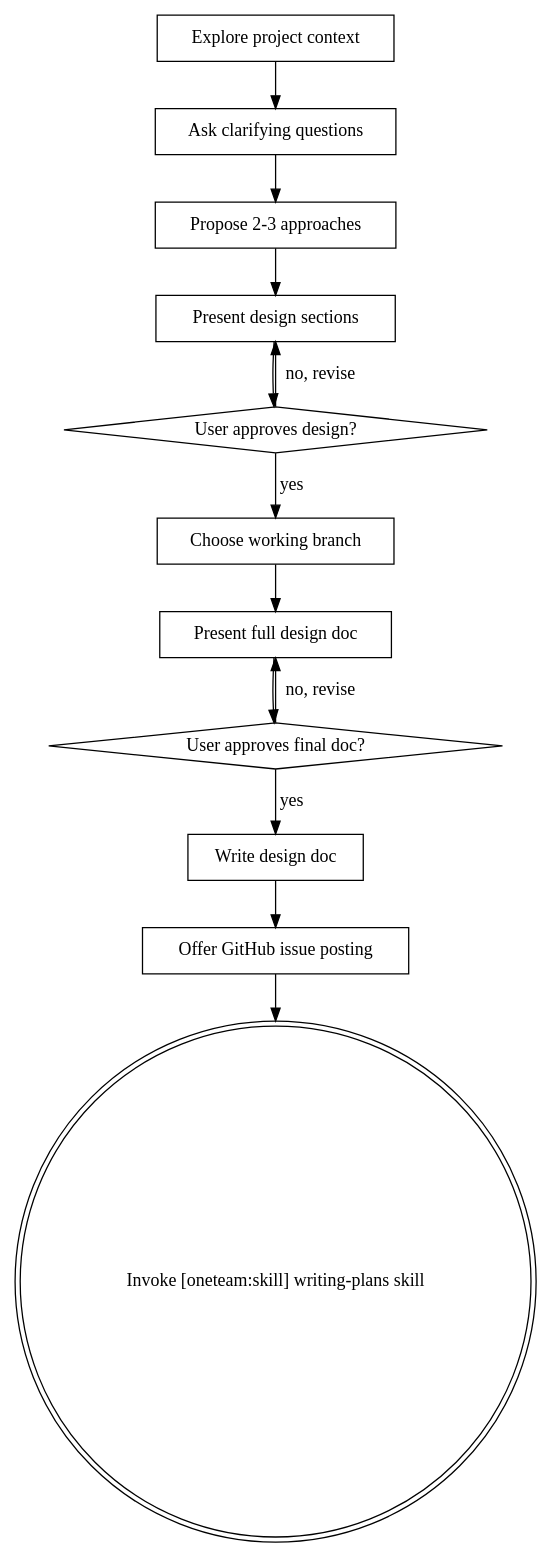
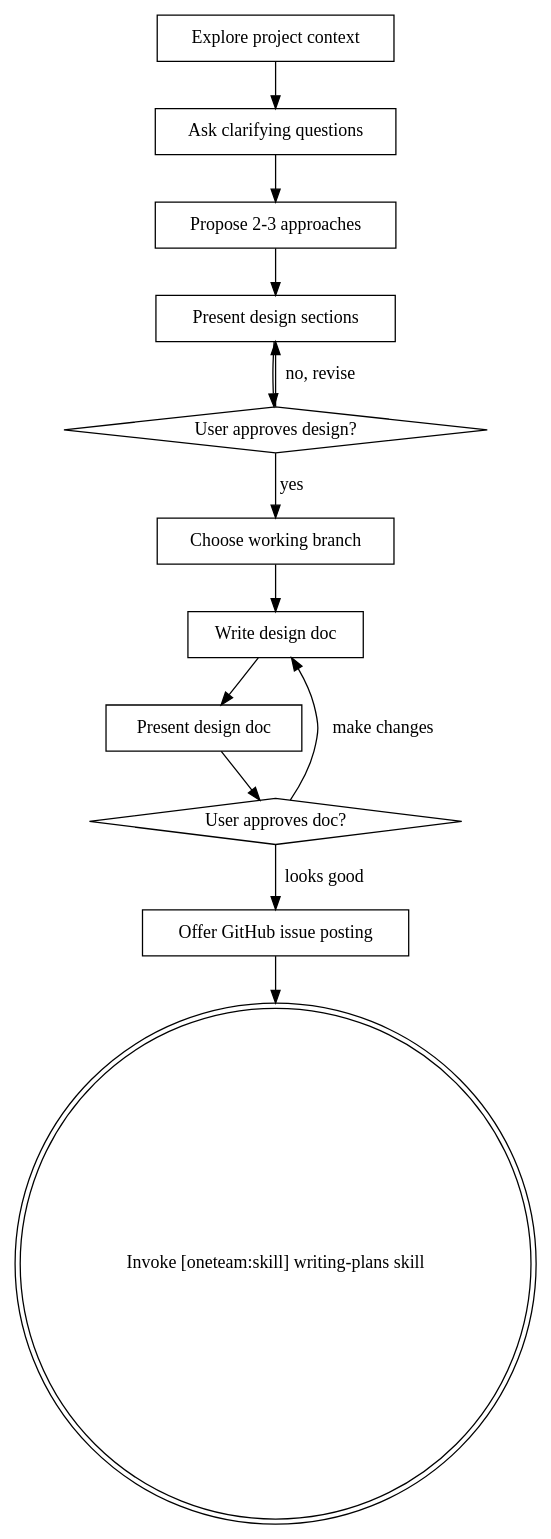
Before and after one commit to yotto3s/oneteam-agents: the diagram in skills/brainstorming/SKILL.md, drawn with Graphviz. The commit also changed other lines of this file and 1 other file, not shown here.

First line of the commit message:
feat: write design/plan to file before presenting to user

````diff
--- a/skills/brainstorming/SKILL.md
+++ b/skills/brainstorming/SKILL.md
@@ -45,28 +45,28 @@
 ```dot
 digraph brainstorming {
     "Explore project context" [shape=box];
     "Ask clarifying questions" [shape=box];
     "Propose 2-3 approaches" [shape=box];
     "Present design sections" [shape=box];
     "User approves design?" [shape=diamond];
     "Choose working branch" [shape=box];
-    "Present full design doc" [shape=box];
-    "User approves final doc?" [shape=diamond];
     "Write design doc" [shape=box];
+    "Present design doc" [shape=box];
+    "User approves doc?" [shape=diamond];
     "Offer GitHub issue posting" [shape=box];
     "Invoke [oneteam:skill] writing-plans skill" [shape=doublecircle];
 
     "Explore project context" -> "Ask clarifying questions";
     "Ask clarifying questions" -> "Propose 2-3 approaches";
     "Propose 2-3 approaches" -> "Present design sections";
     "Present design sections" -> "User approves design?";
     "User approves design?" -> "Present design sections" [label="no, revise"];
     "User approves design?" -> "Choose working branch" [label="yes"];
-    "Choose working branch" -> "Present full design doc";
-    "Present full design doc" -> "User approves final doc?";
-    "User approves final doc?" -> "Present full design doc" [label="no, revise"];
-    "User approves final doc?" -> "Write design doc" [label="yes"];
-    "Write design doc" -> "Offer GitHub issue posting";
+    "Choose working branch" -> "Write design doc";
+    "Write design doc" -> "Present design doc";
+    "Present design doc" -> "User approves doc?";
+    "User approves doc?" -> "Write design doc" [label="make changes"];
+    "User approves doc?" -> "Offer GitHub issue posting" [label="looks good"];
     "Offer GitHub issue posting" -> "Invoke [oneteam:skill] writing-plans skill";
 }
 ```
````
